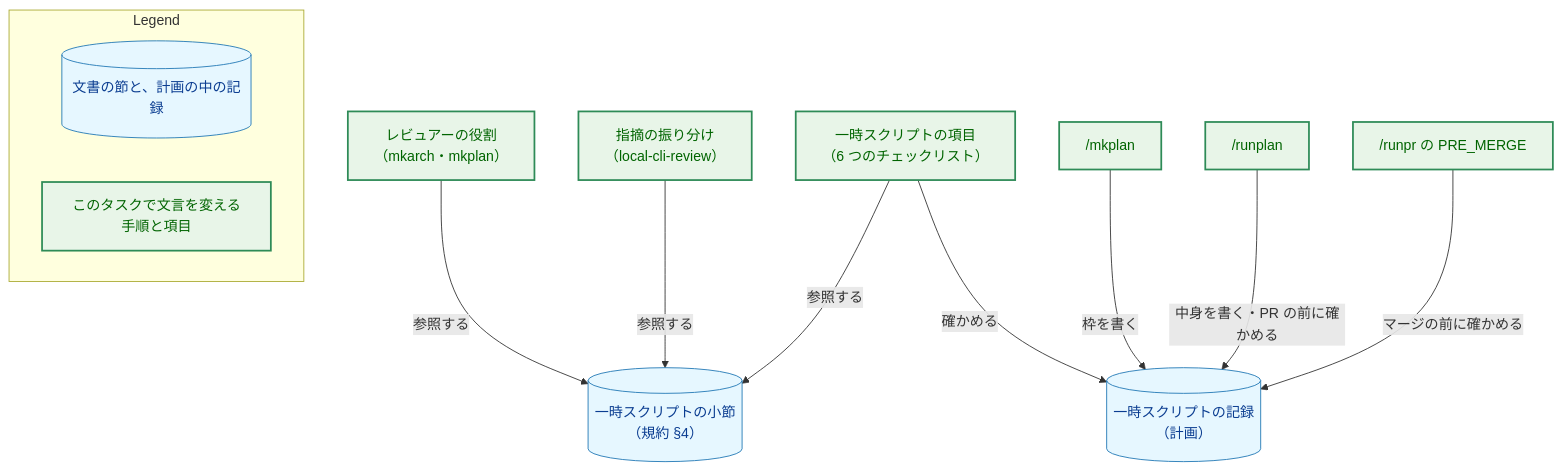
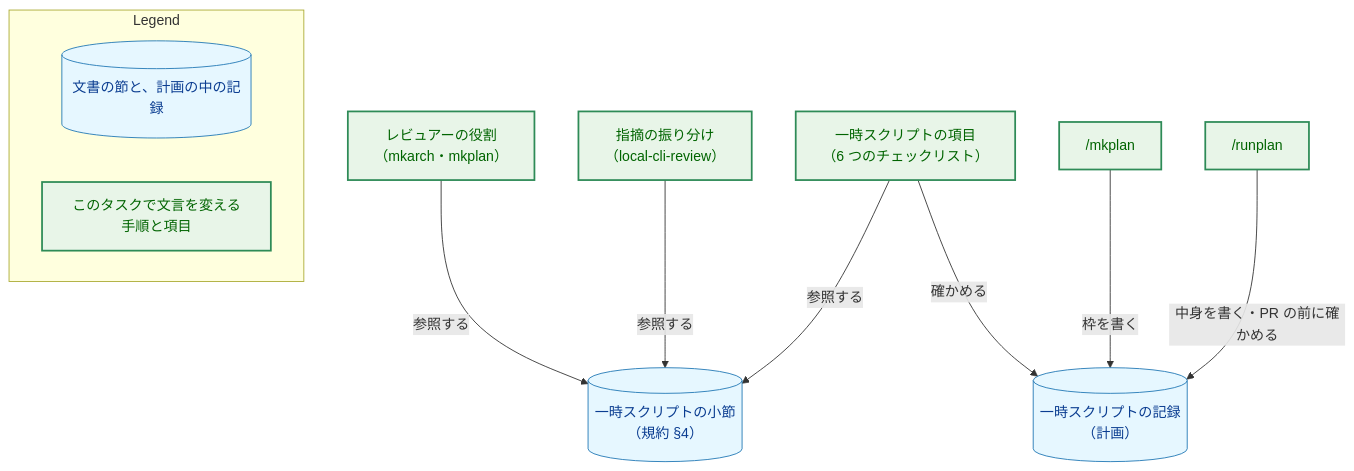
The first of 5 diagrams in docs/tasks/0124_checks_proportion/02_architecture.md (isseis/yt2column), drawn with Mermaid before and after one commit. The commit also changed other lines of this file and 1 other file, not shown here.

````diff
--- a/docs/tasks/0124_checks_proportion/02_architecture.md
+++ b/docs/tasks/0124_checks_proportion/02_architecture.md
@@ -77,32 +81,30 @@
 ```mermaid
 flowchart TD
     classDef data fill:#e6f7ff,stroke:#1f77b4,stroke-width:1px,color:#0b3d91;
     classDef enhanced fill:#e8f5e8,stroke:#2e8b57,stroke-width:2px,color:#006400;
 
     SUB[("一時スクリプトの小節<br>（規約 §4）")]
     ITEM["一時スクリプトの項目<br>（6 つのチェックリスト）"]
     ROLE["レビュアーの役割<br>（mkarch・mkplan）"]
     TRIAGE["指摘の振り分け<br>（local-cli-review）"]
     MKPLAN["/mkplan"]
     RUN["/runplan"]
-    RUNPR["/runpr の PRE_MERGE"]
     REC[("一時スクリプトの記録<br>（計画）")]
 
     ITEM -->|"参照する"| SUB
     ROLE -->|"参照する"| SUB
     TRIAGE -->|"参照する"| SUB
     MKPLAN -->|"枠を書く"| REC
     RUN -->|"中身を書く・PR の前に確かめる"| REC
-    RUNPR -->|"マージの前に確かめる"| REC
     ITEM -->|"確かめる"| REC
 
     class SUB,REC data
-    class ITEM,ROLE,TRIAGE,MKPLAN,RUN,RUNPR enhanced
+    class ITEM,ROLE,TRIAGE,MKPLAN,RUN enhanced
 
     subgraph Legend["Legend"]
         L1[("文書の節と、計画の中の記録")]
         L2["このタスクで文言を変える手順と項目"]
     end
     class L1 data
     class L2 enhanced
 ```
````
